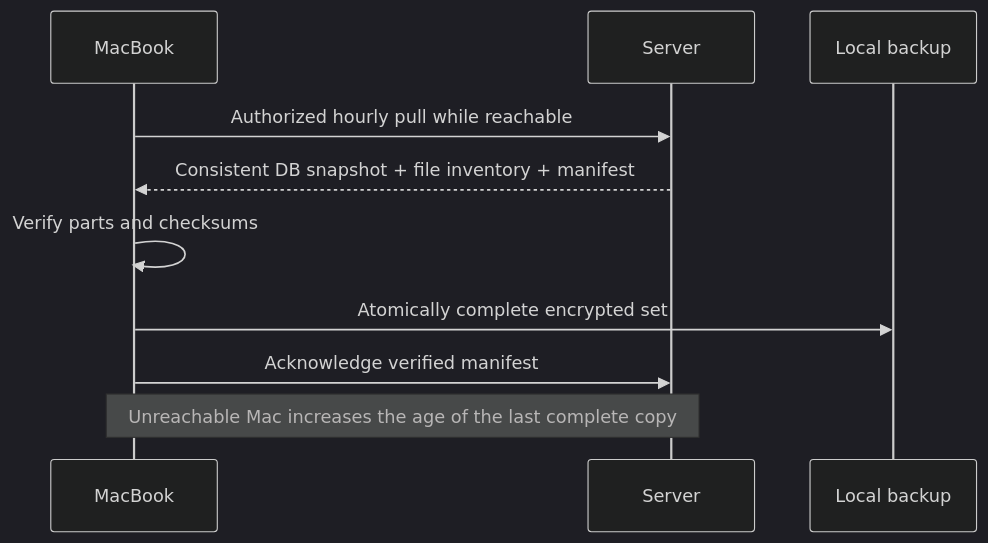
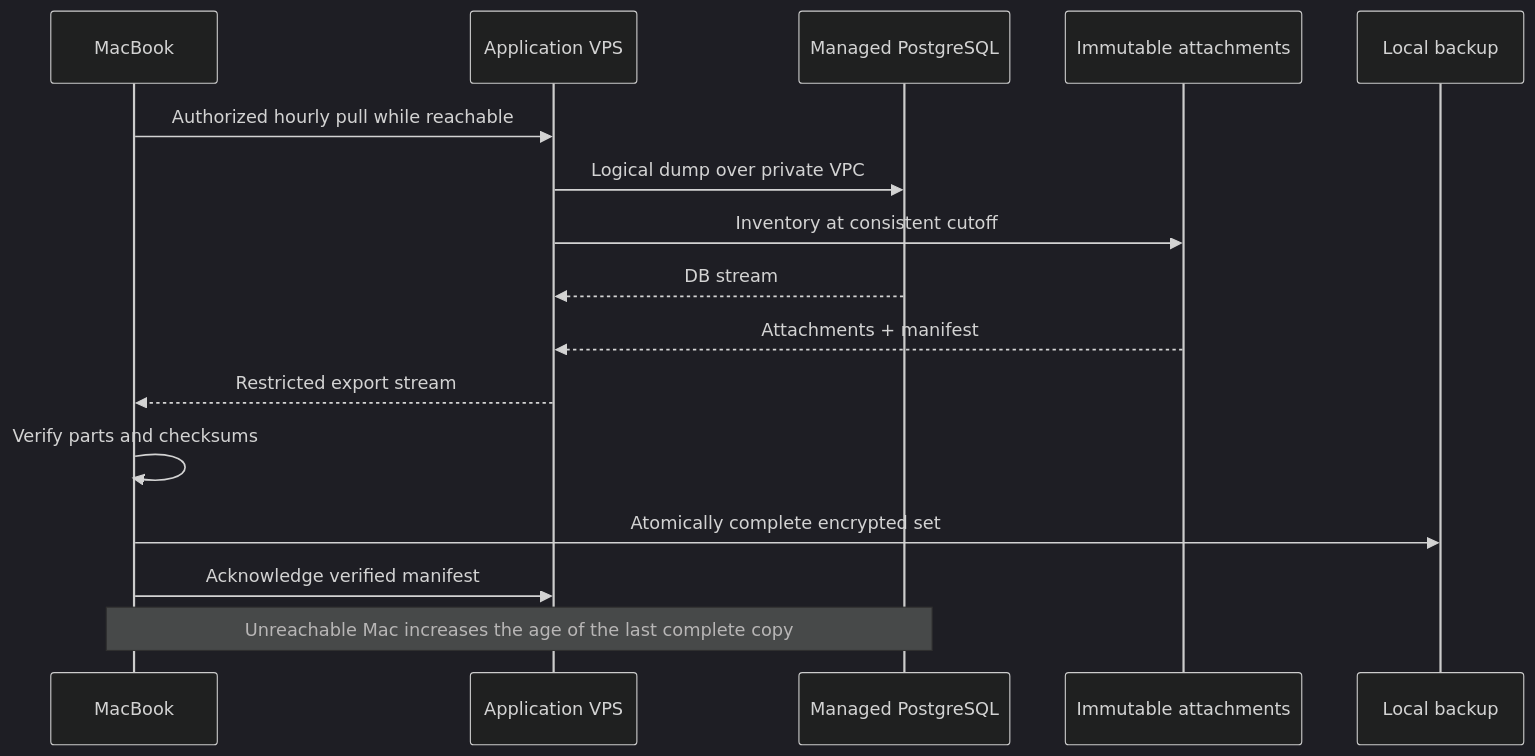
One commit to pchkauu/want-keep changed the fourth of 5 diagrams in spec/001-want-keep-mvp/flows.en.md. Above: the diagram before and after it, drawn with Mermaid (dark theme). The commit also changed other lines of this file and 20 other files, not shown here.

````diff
--- a/spec/001-want-keep-mvp/flows.en.md
+++ b/spec/001-want-keep-mvp/flows.en.md
@@ -76,12 +76,18 @@
 ```mermaid
 sequenceDiagram
   participant M as MacBook
-  participant S as Server
+  participant S as Application VPS
+  participant P as Managed PostgreSQL
+  participant F as Immutable attachments
   participant B as Local backup
   M->>S: Authorized hourly pull while reachable
-  S-->>M: Consistent DB snapshot + file inventory + manifest
+  S->>P: Logical dump over private VPC
+  S->>F: Inventory at consistent cutoff
+  P-->>S: DB stream
+  F-->>S: Attachments + manifest
+  S-->>M: Restricted export stream
   M->>M: Verify parts and checksums
   M->>B: Atomically complete encrypted set
   M->>S: Acknowledge verified manifest
-  Note over M,S: Unreachable Mac increases the age of the last complete copy
+  Note over M,P: Unreachable Mac increases the age of the last complete copy
 ```
````
